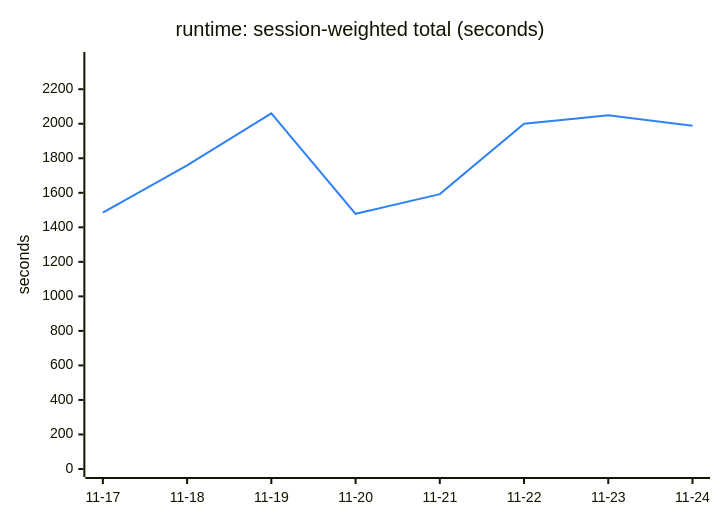
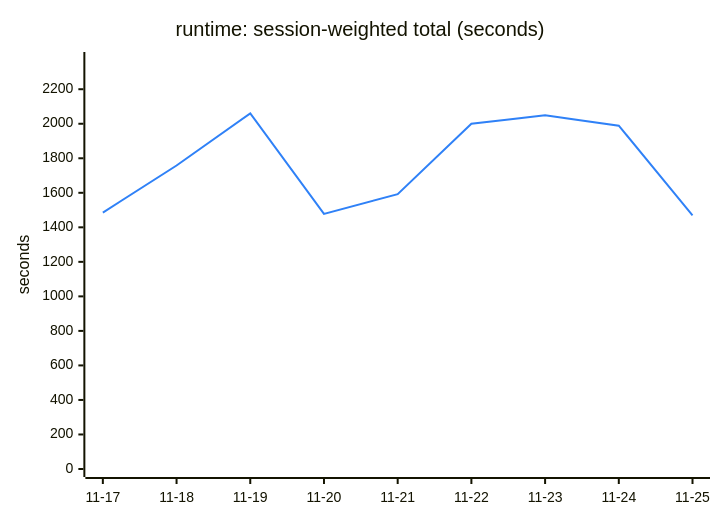
Before and after one commit to Ricovl/mxcli: the sixth of 6 diagrams in TREND.md, drawn with Mermaid. The commit also changed other lines of this file and 2 other files, not shown here.

````diff
--- a/TREND.md
+++ b/TREND.md
@@ -137,13 +137,13 @@
 ```mermaid
 ---
 config:
   themeVariables:
     xyChart:
       plotColorPalette: "#2f81f7"
 ---
 xychart-beta
     title "runtime: session-weighted total (seconds)"
-    x-axis ["11-17", "11-18", "11-19", "11-20", "11-21", "11-22", "11-23", "11-24"]
+    x-axis ["11-17", "11-18", "11-19", "11-20", "11-21", "11-22", "11-23", "11-24", "11-25"]
     y-axis "seconds" 0 --> 2369.30
-    line [1485.35, 1758.30, 2060.26, 1478.08, 1592.45, 1999.87, 2048.73, 1988.73]
+    line [1485.35, 1758.30, 2060.26, 1478.08, 1592.45, 1999.87, 2048.73, 1988.73, 1469.82]
 ```
````
